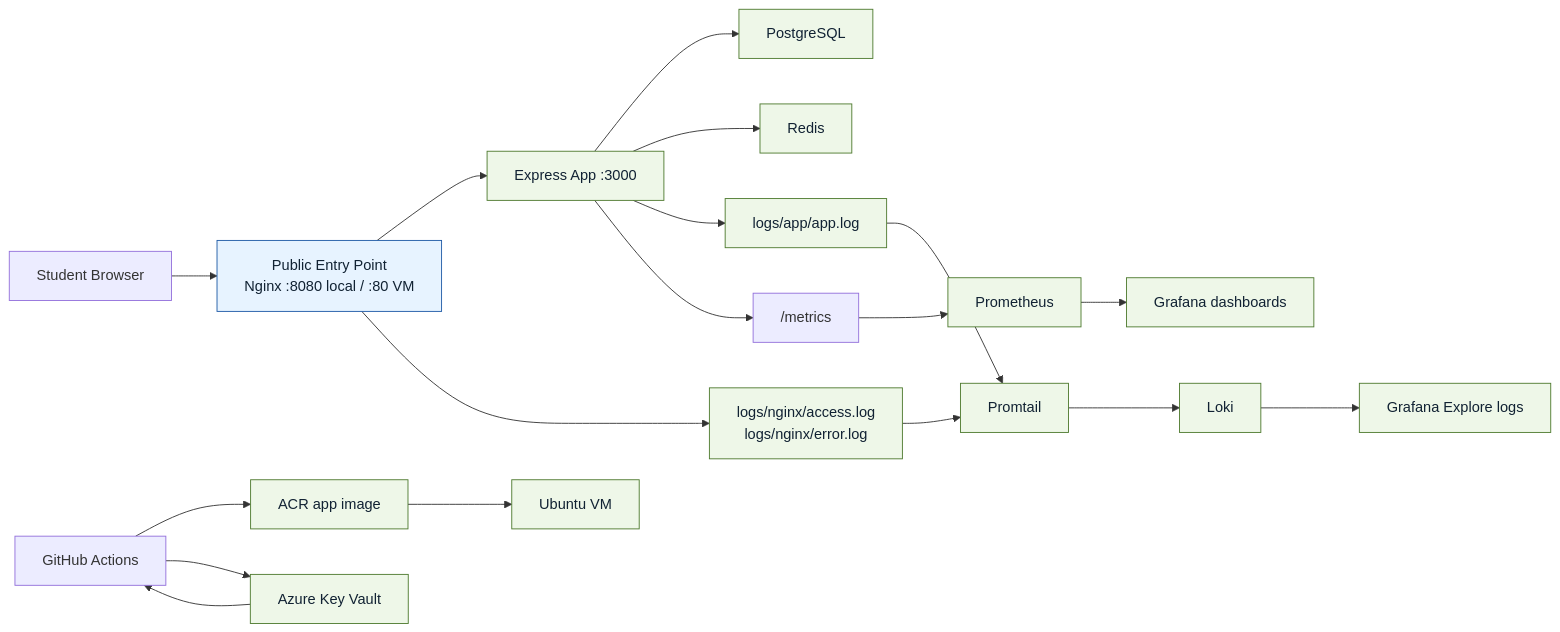
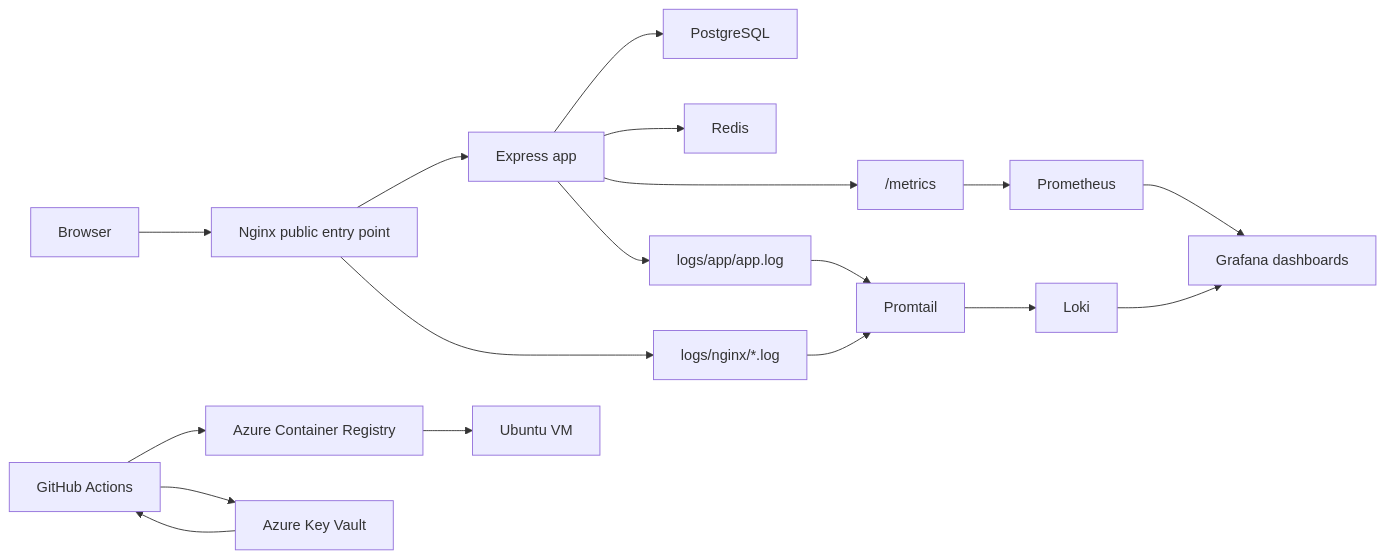
One commit to Eng-yasmeen/devops-guided-project changed the diagram in README.md. Above: the diagram before and after it, drawn with Mermaid. The commit also changed other lines of this file and 20 other files, not shown here.

````diff
--- a/README.md
+++ b/README.md
@@ -30,25 +77,20 @@
 ```mermaid
 flowchart LR
-    Browser["Student Browser"] --> Public["Public Entry Point<br/>Nginx :8080 local / :80 VM"]
-    Public --> App["Express App :3000"]
-    App --> DB["PostgreSQL"]
-    App --> Cache["Redis"]
+    Browser["Browser"] --> Nginx["Nginx public entry point"]
+    Nginx --> App["Express app"]
+    App --> Postgres["PostgreSQL"]
+    App --> Redis["Redis"]
+    App --> Metrics["/metrics"]
     App --> AppLog["logs/app/app.log"]
-    Public --> NginxLog["logs/nginx/access.log<br/>logs/nginx/error.log"]
-    App --> Metrics["/metrics"]
+    Nginx --> NginxLog["logs/nginx/*.log"]
     Metrics --> Prometheus["Prometheus"]
     AppLog --> Promtail["Promtail"]
     NginxLog --> Promtail
     Promtail --> Loki["Loki"]
     Prometheus --> Grafana["Grafana dashboards"]
-    Loki --> Explore["Grafana Explore logs"]
-    GitHub["GitHub Actions"] --> ACR["ACR app image"]
+    Loki --> Grafana
+    GitHub["GitHub Actions"] --> ACR["Azure Container Registry"]
     GitHub --> KeyVault["Azure Key Vault"]
     ACR --> VM["Ubuntu VM"]
     KeyVault --> GitHub
-
-    classDef public fill:#e7f3ff,stroke:#1f5aa6,color:#123;
-    classDef private fill:#eef7e8,stroke:#4e7a2f,color:#123;
-    class Public public;
-    class App,DB,Cache,Prometheus,Grafana,Explore,Loki,Promtail,AppLog,NginxLog,VM,KeyVault,ACR private;
 ```
````
